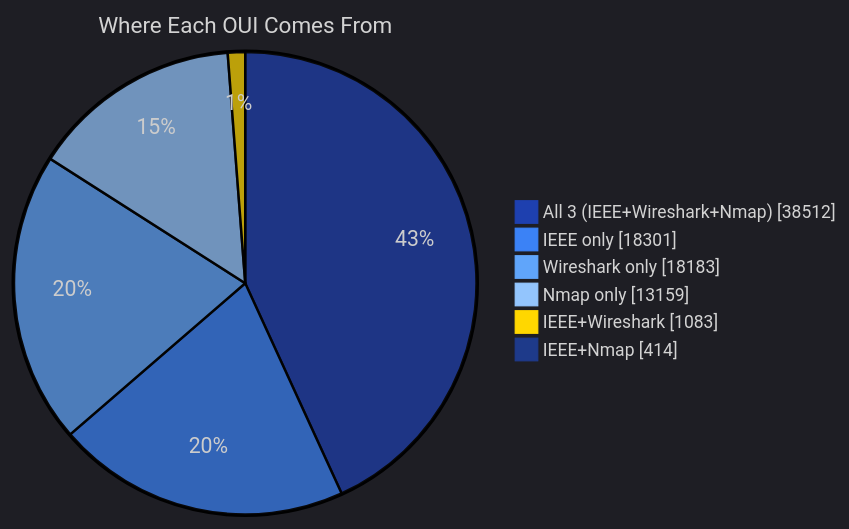
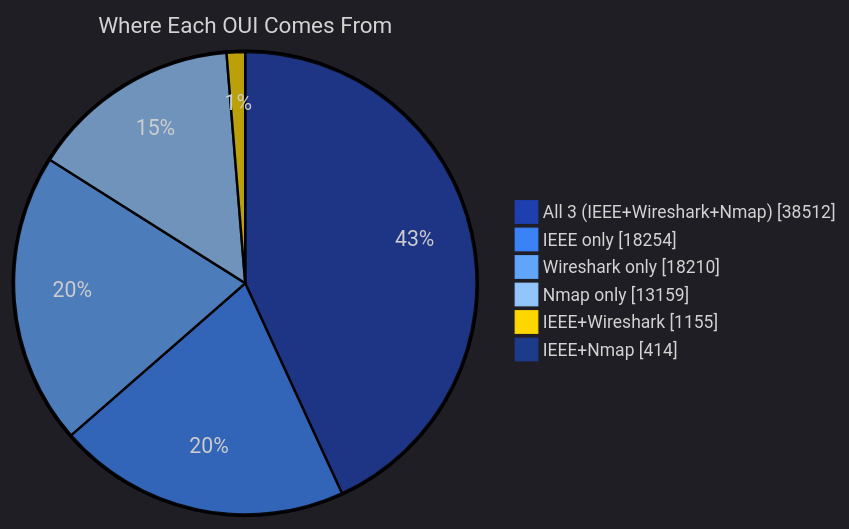
The second of 5 diagrams in README.md (Ringmast4r/OUI-Master-Database), drawn with Mermaid before and after one commit. The commit also changed other lines of this file and 14 other files, not shown here.

````diff
--- a/README.md
+++ b/README.md
@@ -93,11 +93,11 @@
 ```mermaid
 %%{init: {'theme':'dark', 'themeVariables': {'pie1':'#1E40AF','pie2':'#3B82F6','pie3':'#60A5FA','pie4':'#93C5FD','pie5':'#FFD700','pie6':'#1E3A8A','pieTitleTextSize':'18px','pieLegendTextSize':'14px'}}}%%
 pie showData
     title Where Each OUI Comes From
     "All 3 (IEEE+Wireshark+Nmap)" : 38512
-    "IEEE only" : 18301
-    "Wireshark only" : 18183
+    "IEEE only" : 18254
+    "Wireshark only" : 18210
     "Nmap only" : 13159
-    "IEEE+Wireshark" : 1083
+    "IEEE+Wireshark" : 1155
     "IEEE+Nmap" : 414
 ```
````
